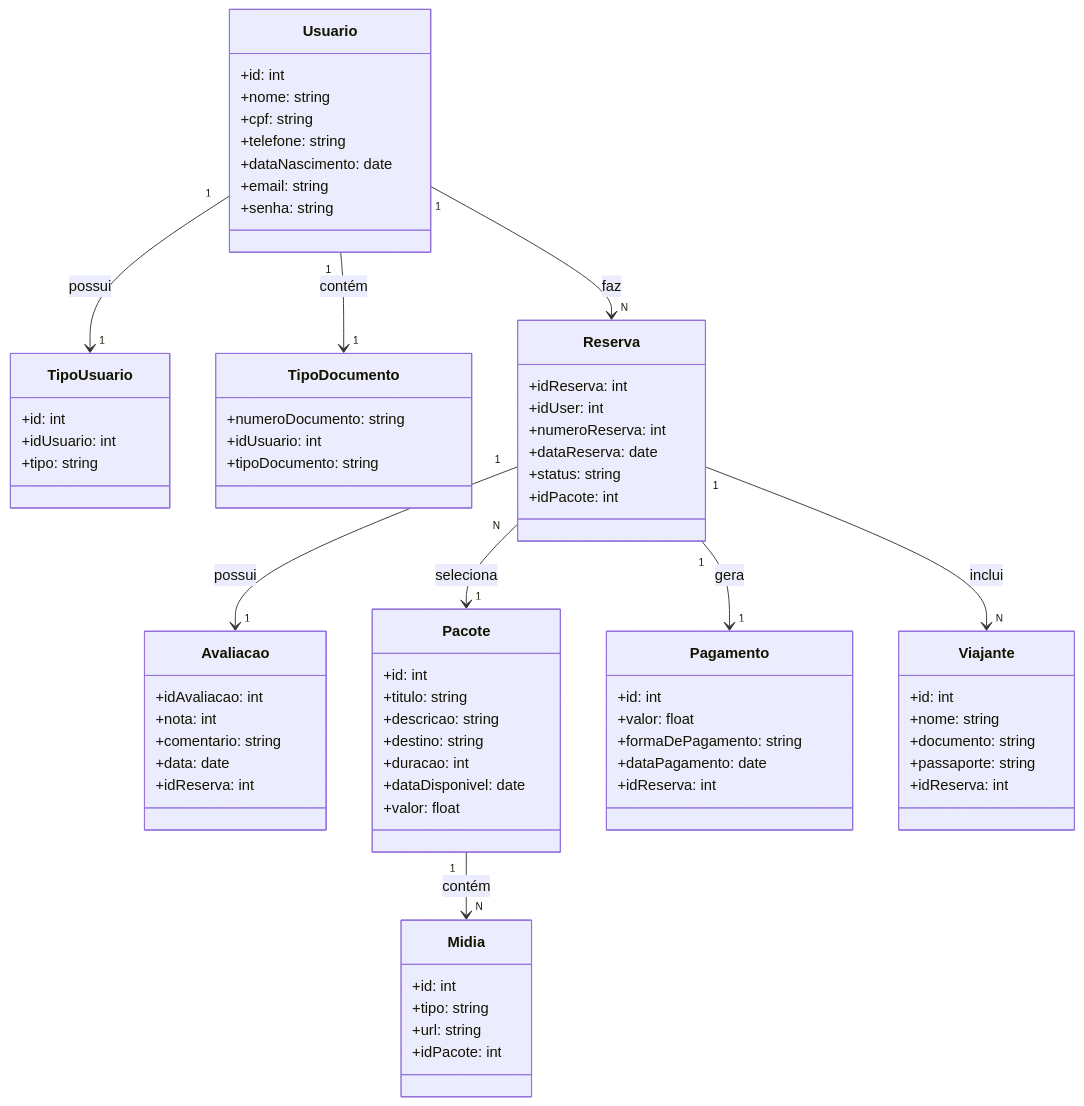
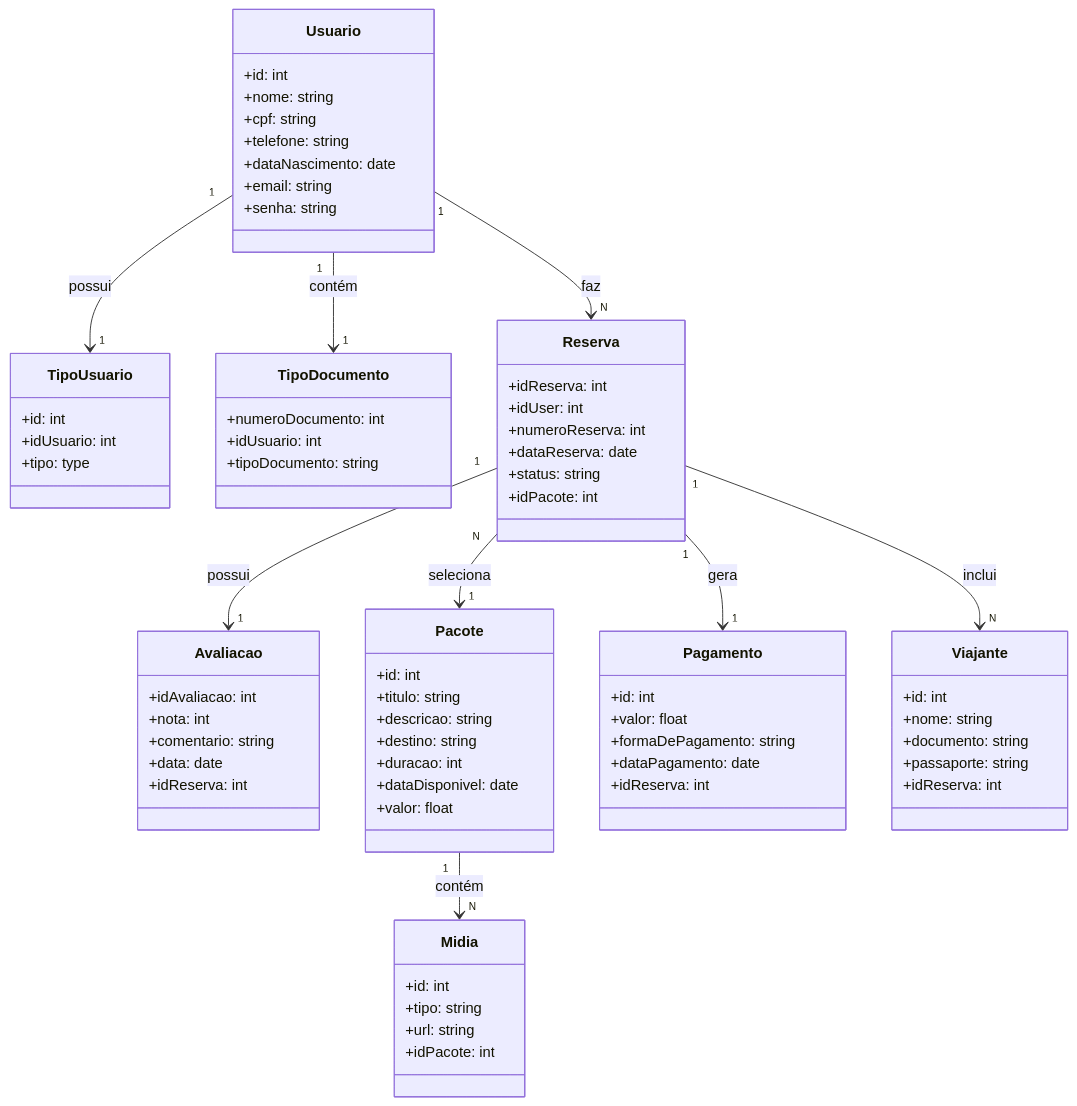
One commit to JuliaaSilv/Sistema-De-Viagem changed the diagram in README.md. Above: the diagram before and after it, drawn with Mermaid.

```diff
--- a/README.md
+++ b/README.md
@@ -15,11 +15,11 @@
 class TipoUsuario {
   +id: int
   +idUsuario: int
-  +tipo: string
+  +tipo: type
 }
 
 class TipoDocumento {
-  +numeroDocumento: string
+  +numeroDocumento: int
   +idUsuario: int
   +tipoDocumento: string
 }
```
